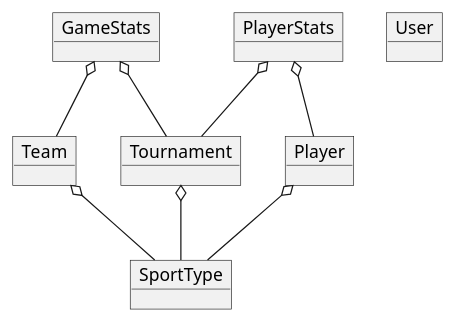
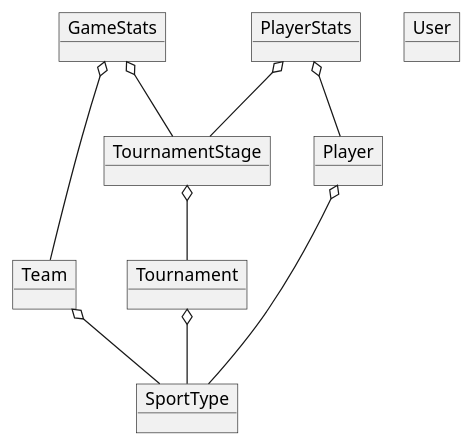
The diagram in docs/objects.wsd (yaroslav-dudar/fox.cub), drawn with PlantUML before and after one commit. The commit also changed 6 other files, not shown here.

```diff
--- a/docs/objects.wsd
+++ b/docs/objects.wsd
@@ -1,26 +1,29 @@
-@startuml "DB_Objects"
+@startuml "Object diagram"
 
 object GameStats
 object Team
 
 object Tournament
+object TournamentStage
 
 object Player
 object PlayerStats
 
 object SportType
 
 object User
 
 GameStats o-- Team
-GameStats o-- Tournament
+GameStats o-- TournamentStage
 
 Team o-- SportType
 
 Tournament o-- SportType
 
+TournamentStage o-- Tournament
+
 PlayerStats o-- Player
-PlayerStats o-- Tournament
+PlayerStats o-- TournamentStage
 
 Player o-- SportType
 @enduml
```
